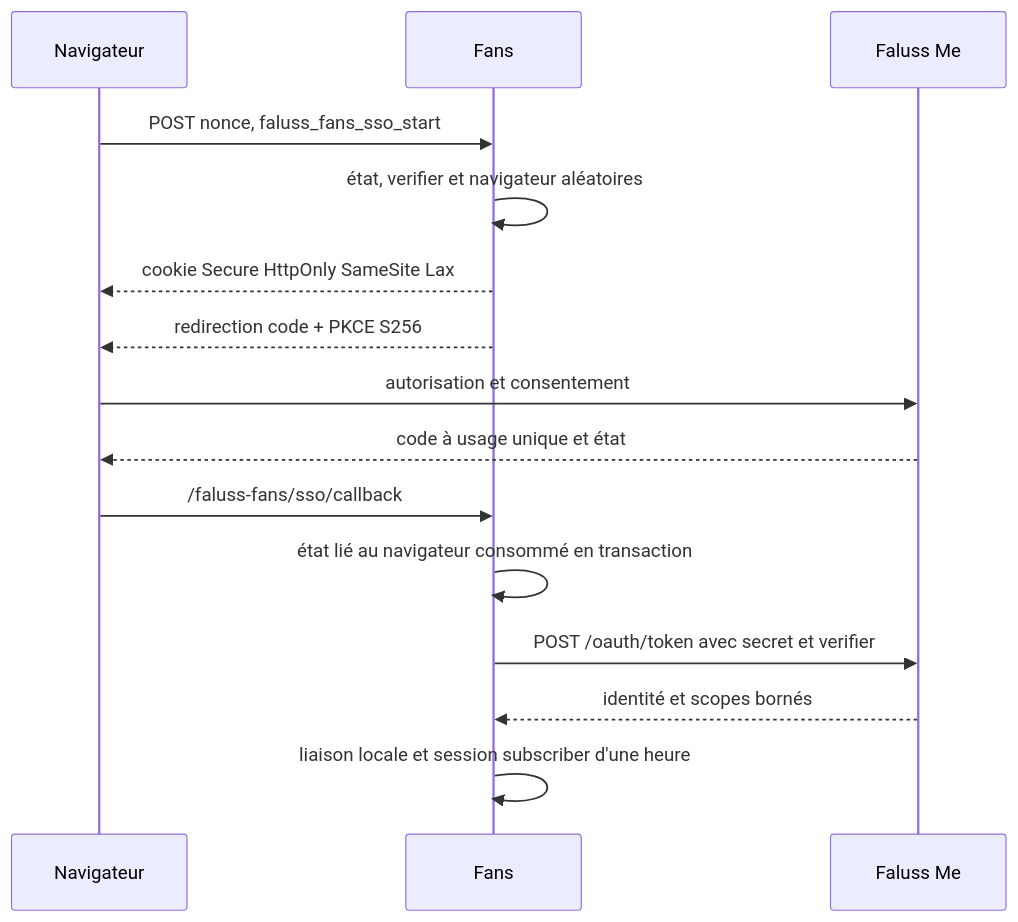
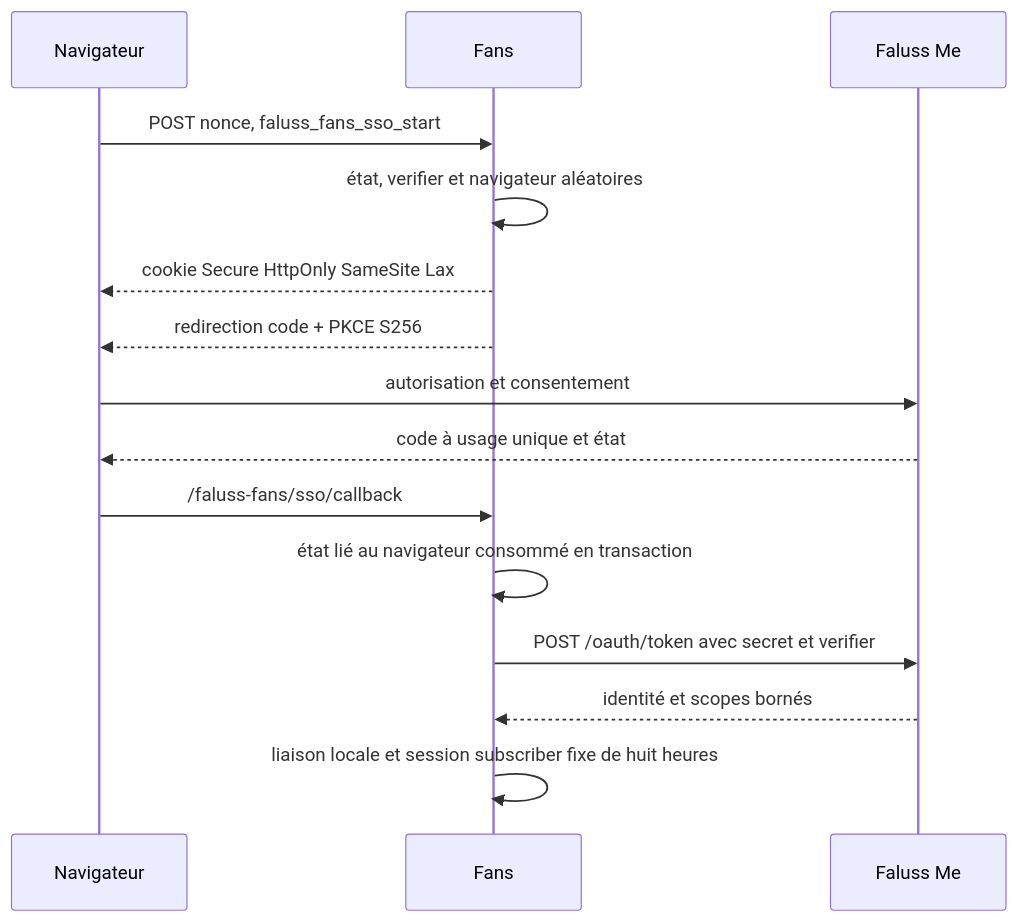
One commit to Alternative-LAB/faluss-platform changed the diagram in docs/modules/FANS-SSO.md. Above: the diagram before and after it, drawn with Mermaid. The commit also changed other lines of this file and 62 other files, not shown here.

````diff
--- a/docs/modules/FANS-SSO.md
+++ b/docs/modules/FANS-SSO.md
@@ -15,17 +15,17 @@
 ```mermaid
 sequenceDiagram
     participant B as Navigateur
     participant F as Fans
     participant M as Faluss Me
     B->>F: POST nonce, faluss_fans_sso_start
     F->>F: état, verifier et navigateur aléatoires
     F-->>B: cookie Secure HttpOnly SameSite Lax
     F-->>B: redirection code + PKCE S256
     B->>M: autorisation et consentement
     M-->>B: code à usage unique et état
     B->>F: /faluss-fans/sso/callback
     F->>F: état lié au navigateur consommé en transaction
     F->>M: POST /oauth/token avec secret et verifier
     M-->>F: identité et scopes bornés
-    F->>F: liaison locale et session subscriber d'une heure
+    F->>F: liaison locale et session subscriber fixe de huit heures
 ```
````
